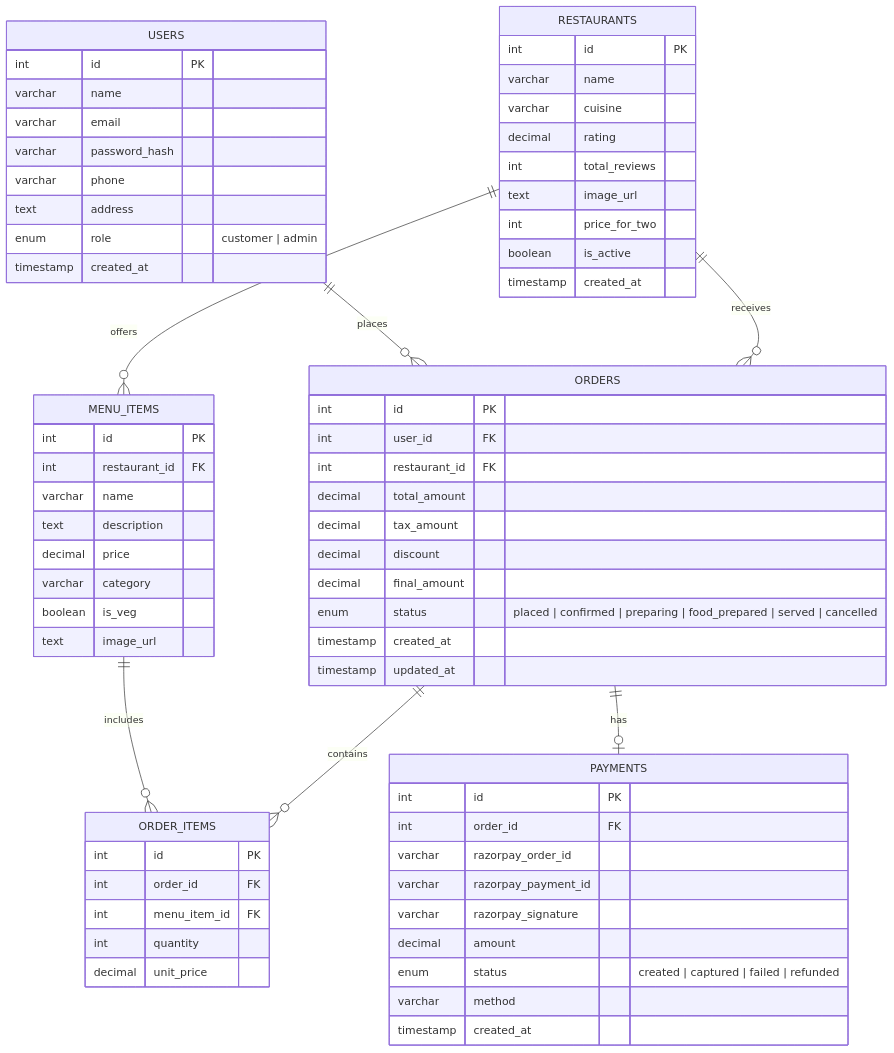
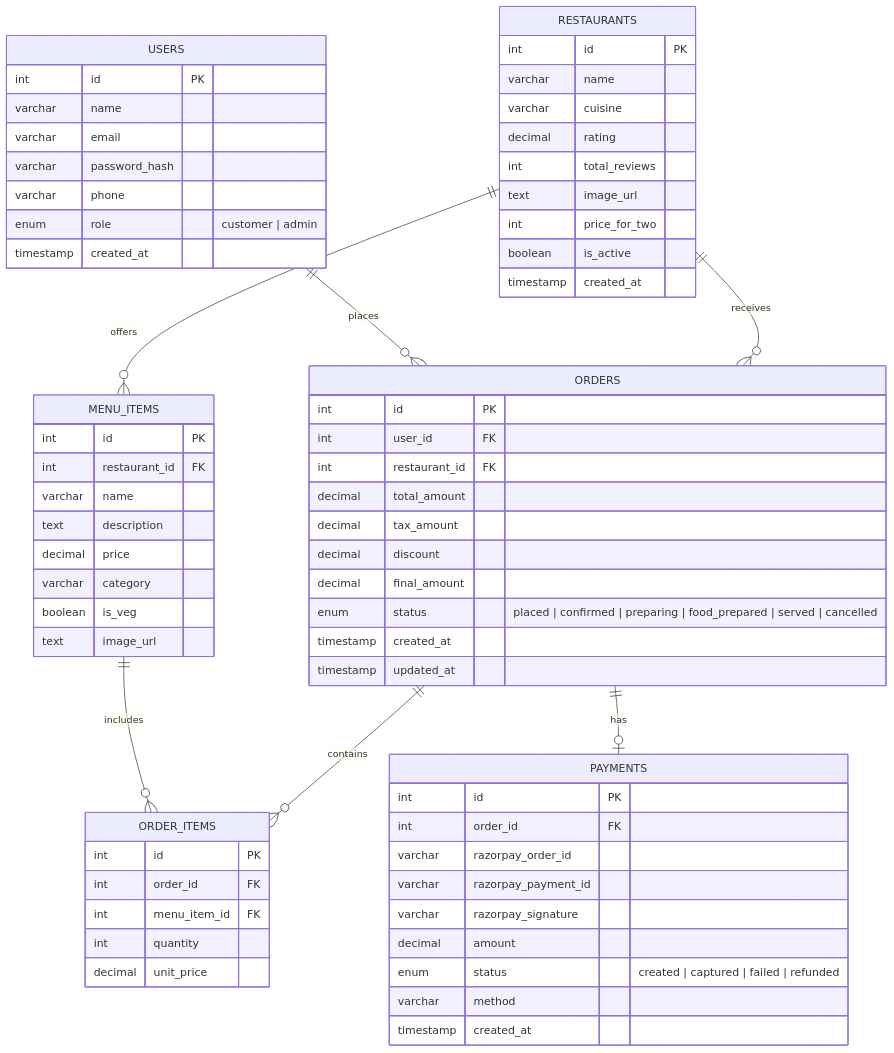
Before and after one commit to Prathamesh-Patil-git/foodflash: the diagram in database/er_diagram.md, drawn with Mermaid. The commit also changed 7 other files, not shown here.

````diff
--- a/database/er_diagram.md
+++ b/database/er_diagram.md
@@ -5,76 +5,75 @@
 ```mermaid
 erDiagram
     USERS ||--o{ ORDERS : places
     RESTAURANTS ||--o{ MENU_ITEMS : offers
     RESTAURANTS ||--o{ ORDERS : receives
     MENU_ITEMS ||--o{ ORDER_ITEMS : includes
     ORDERS ||--o{ ORDER_ITEMS : contains
     ORDERS ||--o| PAYMENTS : has
 
     USERS {
         int id PK
         varchar name
         varchar email
         varchar password_hash
         varchar phone
-        text address
         enum role "customer | admin"
         timestamp created_at
     }
 
     RESTAURANTS {
         int id PK
         varchar name
         varchar cuisine
         decimal rating
         int total_reviews
         text image_url
         int price_for_two
         boolean is_active
         timestamp created_at
     }
 
     MENU_ITEMS {
         int id PK
         int restaurant_id FK
         varchar name
         text description
         decimal price
         varchar category
         boolean is_veg
         text image_url
     }
 
     ORDERS {
         int id PK
         int user_id FK
         int restaurant_id FK
         decimal total_amount
         decimal tax_amount
         decimal discount
         decimal final_amount
         enum status "placed | confirmed | preparing | food_prepared | served | cancelled"
         timestamp created_at
         timestamp updated_at
     }
 
     ORDER_ITEMS {
         int id PK
         int order_id FK
         int menu_item_id FK
         int quantity
         decimal unit_price
     }
 
     PAYMENTS {
         int id PK
         int order_id FK
         varchar razorpay_order_id
         varchar razorpay_payment_id
         varchar razorpay_signature
         decimal amount
         enum status "created | captured | failed | refunded"
         varchar method
         timestamp created_at
     }
 ```
````
